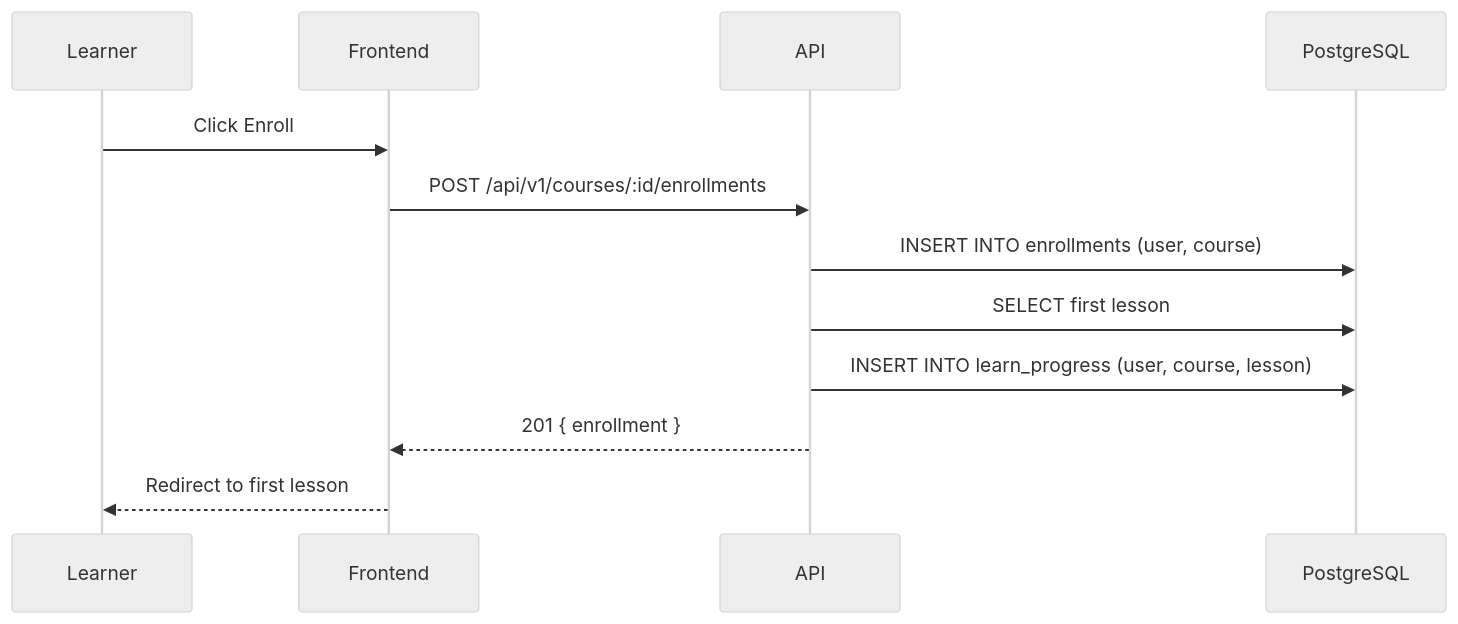
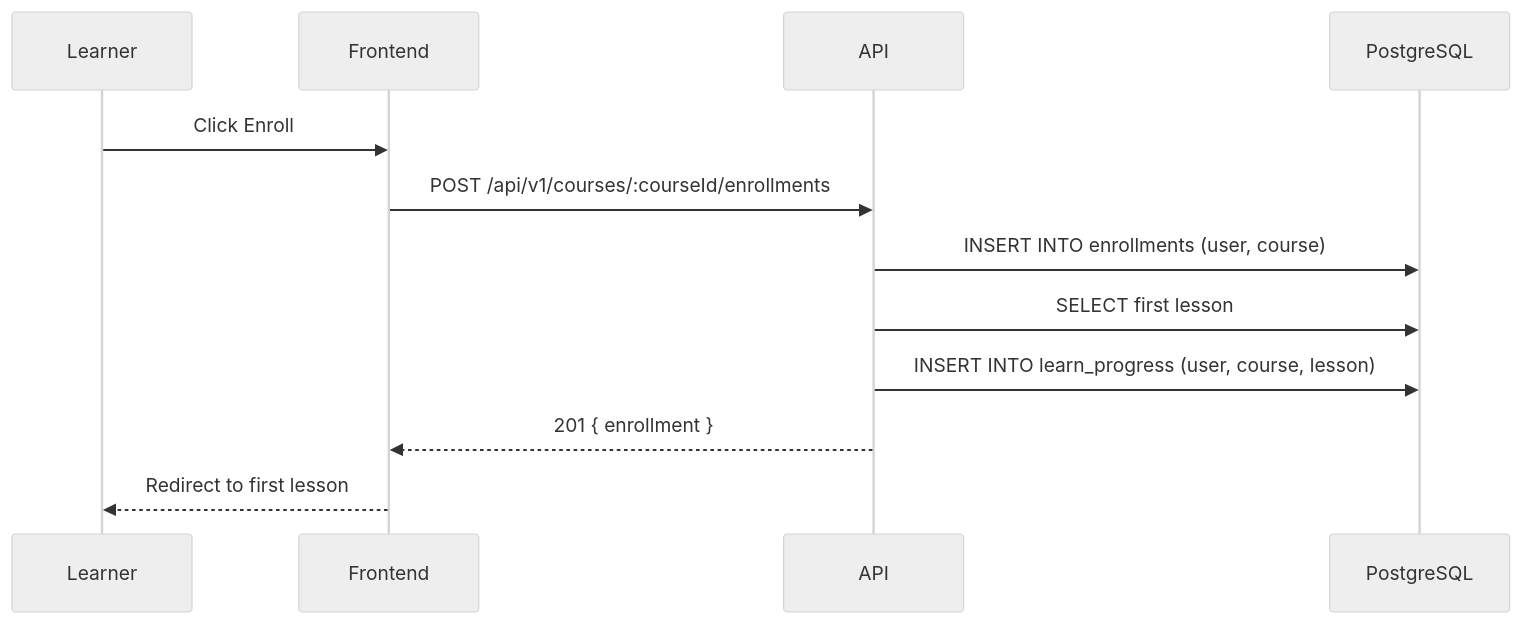
The fourth of 10 diagrams in docs/03-analysis/workflows.md (Rafy-Tho/LearnSphere), drawn with Mermaid (neutral theme) before and after one commit. The commit also changed other lines of this file and 65 other files, not shown here.

````diff
--- a/docs/03-analysis/workflows.md
+++ b/docs/03-analysis/workflows.md
@@ -85,15 +85,15 @@
 ```mermaid
 sequenceDiagram
   participant L as Learner
   participant F as Frontend
   participant A as API
   participant DB as PostgreSQL
 
   L->>F: Click Enroll
-  F->>A: POST /api/v1/courses/:id/enrollments
+  F->>A: POST /api/v1/courses/:courseId/enrollments
   A->>DB: INSERT INTO enrollments (user, course)
   A->>DB: SELECT first lesson
   A->>DB: INSERT INTO learn_progress (user, course, lesson)
   A-->>F: 201 { enrollment }
   F-->>L: Redirect to first lesson
 ```
````
